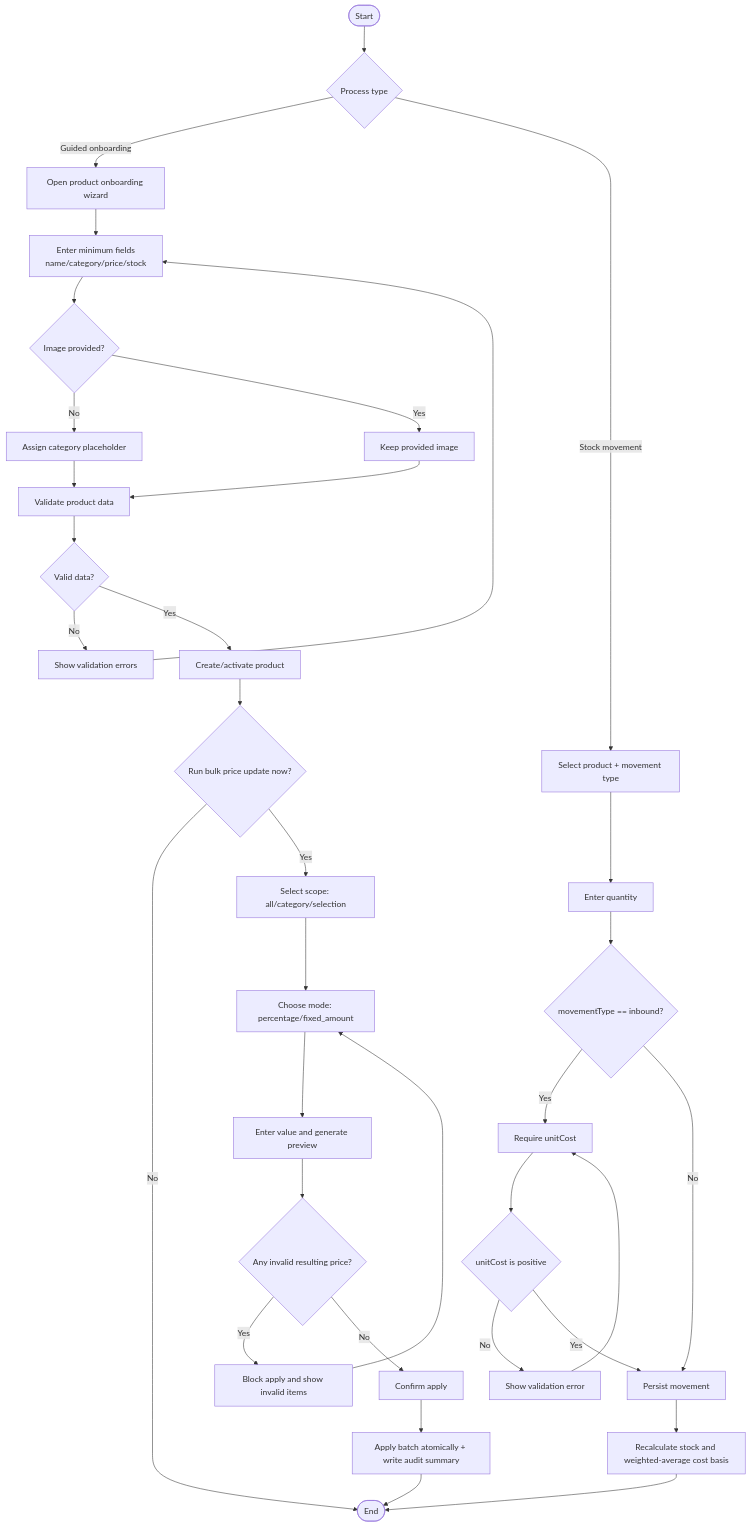
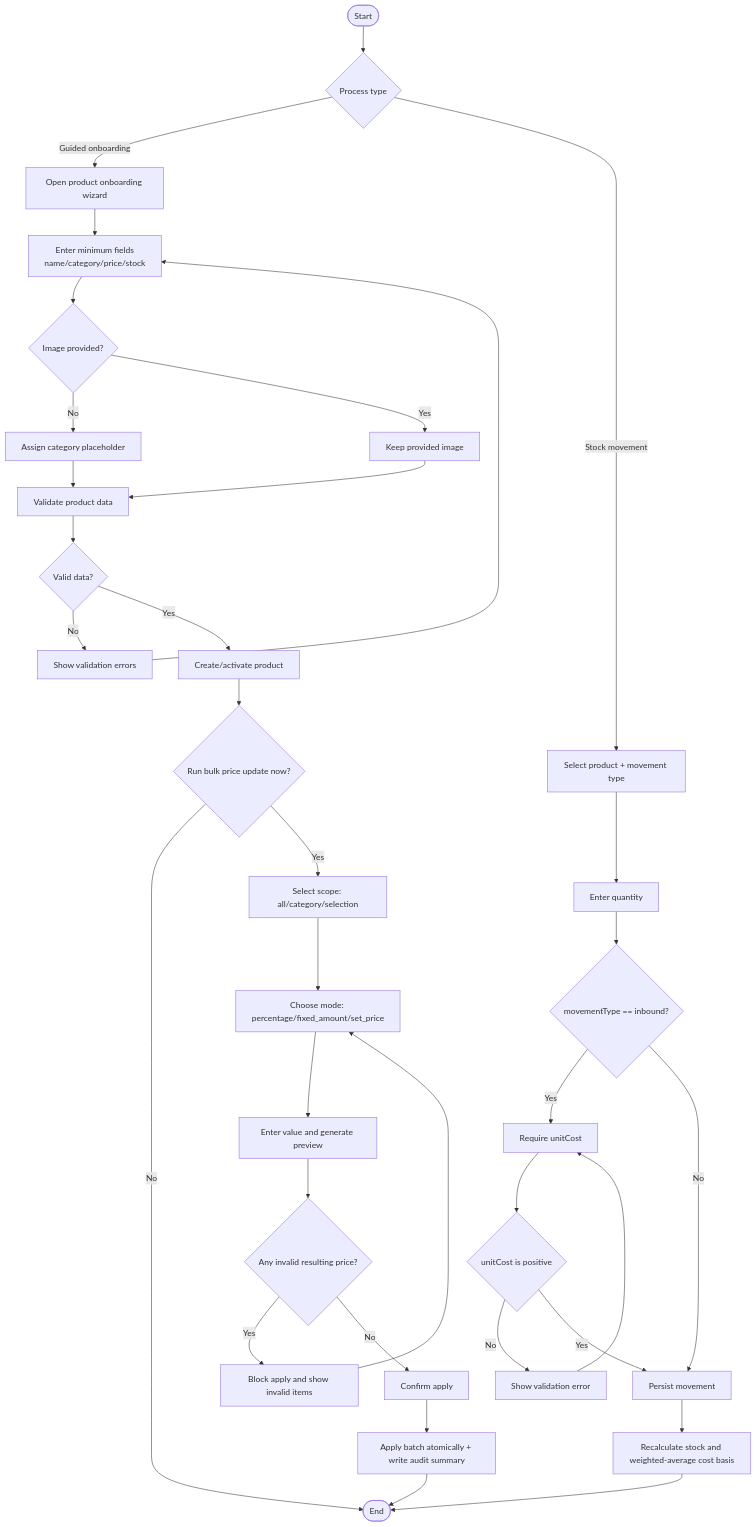
The diagram in workflow-manager/docs/planning/diagrams/activity-stock-and-onboarding.md (Machi3mfl/simple-pos), drawn with Mermaid before and after one commit. The commit also changed 20 other files, not shown here.

````diff
--- a/workflow-manager/docs/planning/diagrams/activity-stock-and-onboarding.md
+++ b/workflow-manager/docs/planning/diagrams/activity-stock-and-onboarding.md
@@ -4,39 +4,39 @@
 ```mermaid
 flowchart TD
   A([Start]) --> B{Process type}
 
   B -->|Guided onboarding| C[Open product onboarding wizard]
   C --> D[Enter minimum fields\nname/category/price/stock]
   D --> E{Image provided?}
   E -->|No| F[Assign category placeholder]
   E -->|Yes| G[Keep provided image]
   F --> H[Validate product data]
   G --> H
   H --> I{Valid data?}
   I -->|No| J[Show validation errors]
   J --> D
   I -->|Yes| K[Create/activate product]
   K --> L{Run bulk price update now?}
   L -->|No| Z([End])
   L -->|Yes| M[Select scope: all/category/selection]
-  M --> N[Choose mode: percentage/fixed_amount]
+  M --> N[Choose mode: percentage/fixed_amount/set_price]
   N --> O[Enter value and generate preview]
   O --> P{Any invalid resulting price?}
   P -->|Yes| Q[Block apply and show invalid items]
   Q --> N
   P -->|No| R[Confirm apply]
   R --> S[Apply batch atomically + write audit summary]
   S --> Z
 
   B -->|Stock movement| T[Select product + movement type]
   T --> U[Enter quantity]
   U --> V{movementType == inbound?}
   V -->|Yes| W[Require unitCost]
   W --> X{unitCost is positive}
   X -->|No| Y[Show validation error]
   Y --> W
   X -->|Yes| AA[Persist movement]
   V -->|No| AA
   AA --> AB[Recalculate stock and weighted-average cost basis]
   AB --> Z
 ```
````
